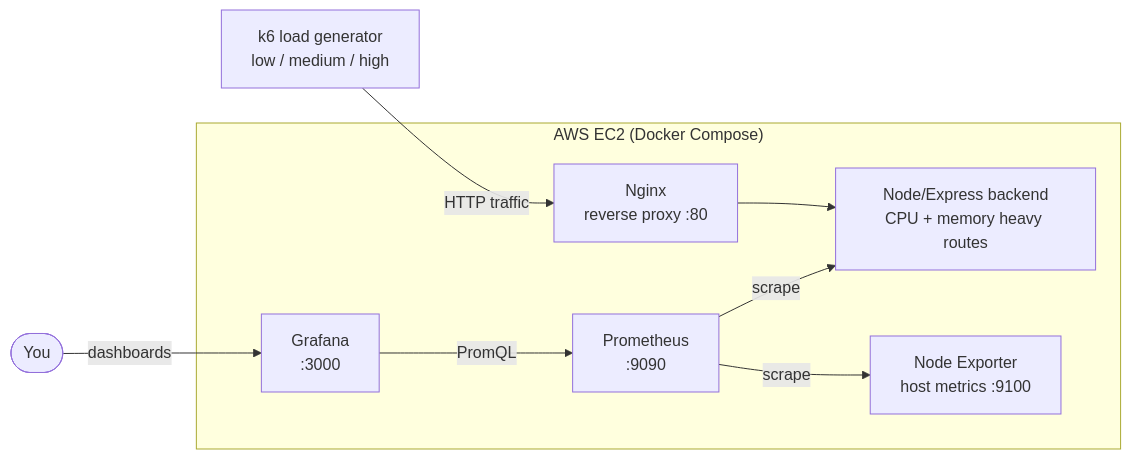
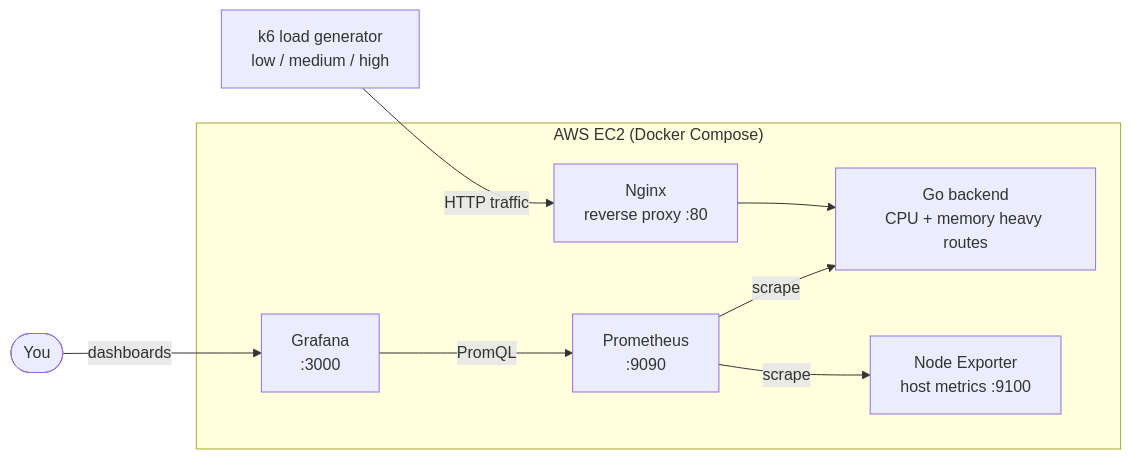
Before and after one commit to Mehulsri07/LoadLab: the diagram in README.md, drawn with Mermaid. The commit also changed other lines of this file and 3 other files, not shown here.

````diff
--- a/README.md
+++ b/README.md
@@ -9,20 +9,20 @@
 ```mermaid
 flowchart LR
     K6["k6 load generator<br/>low / medium / high"]
     U(["You"])
 
     subgraph EC2["AWS EC2 (Docker Compose)"]
         N["Nginx<br/>reverse proxy :80"]
-        B["Node/Express backend<br/>CPU + memory heavy routes"]
+        B["Go backend<br/>CPU + memory heavy routes"]
         NE["Node Exporter<br/>host metrics :9100"]
         P["Prometheus<br/>:9090"]
         G["Grafana<br/>:3000"]
     end
 
     K6 -->|"HTTP traffic"| N
     N --> B
     P -->|"scrape"| B
     P -->|"scrape"| NE
     G -->|"PromQL"| P
     U -->|"dashboards"| G
 ```
````
